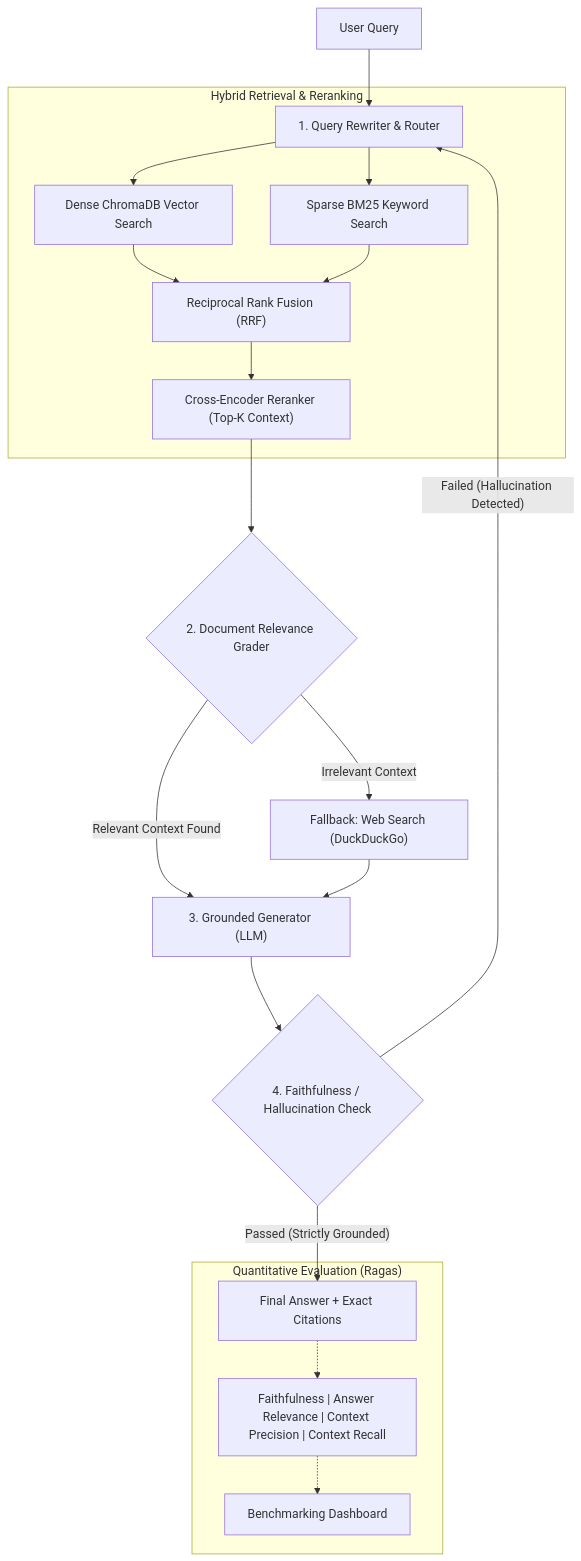
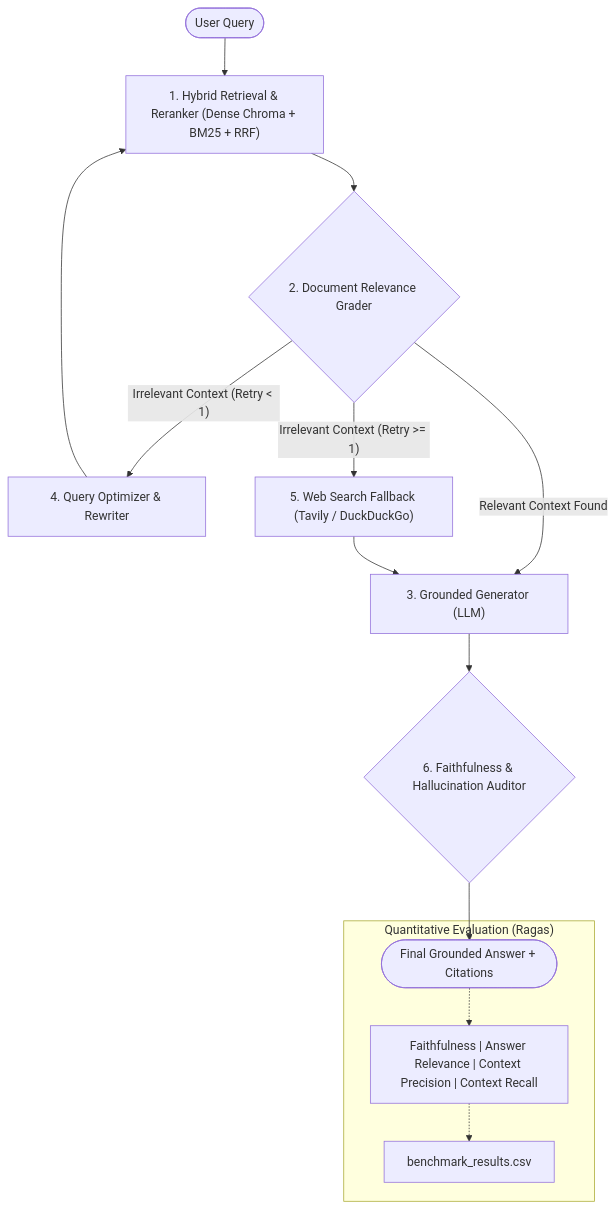
Before and after one commit to elrath017/Agentic-rag-System: the diagram in README.md, drawn with Mermaid. The commit also changed other lines of this file and 4 other files, not shown here.

````diff
--- a/README.md
+++ b/README.md
@@ -17,27 +18,20 @@
 ```mermaid
 flowchart TD
-    UserQuery["User Query"] --> QueryRewriter["1. Query Rewriter & Router"]
+    Start(["User Query"]) --> RetrieveAndRerank["1. Hybrid Retrieval & Reranker (Dense Chroma + BM25 + RRF)"]
+    RetrieveAndRerank --> GradeDocs{"2. Document Relevance Grader"}
     
-    subgraph Hybrid_Retrieval ["Hybrid Retrieval & Reranking"]
-        QueryRewriter --> DenseSearch["Dense ChromaDB Vector Search"]
-        QueryRewriter --> SparseSearch["Sparse BM25 Keyword Search"]
-        DenseSearch --> RRF["Reciprocal Rank Fusion (RRF)"]
-        SparseSearch --> RRF
-        RRF --> Reranker["Cross-Encoder Reranker (Top-K Context)"]
-    end
+    GradeDocs -- "Relevant Context Found" --> GenerateAnswer["3. Grounded Generator (LLM)"]
+    GradeDocs -- "Irrelevant Context (Retry < 1)" --> RewriteQuery["4. Query Optimizer & Rewriter"]
+    RewriteQuery --> RetrieveAndRerank
+    
+    GradeDocs -- "Irrelevant Context (Retry >= 1)" --> WebSearch["5. Web Search Fallback (Tavily / DuckDuckGo)"]
+    WebSearch --> GenerateAnswer
+    
+    GenerateAnswer --> HallucinationAudit{"6. Faithfulness & Hallucination Auditor"}
+    HallucinationAudit --> Output(["Final Grounded Answer + Citations"])
 
-    Reranker --> DocGrader{"2. Document Relevance Grader"}
-    
-    DocGrader -- "Relevant Context Found" --> AnswerGen["3. Grounded Generator (LLM)"]
-    DocGrader -- "Irrelevant Context" --> WebSearch["Fallback: Web Search (DuckDuckGo)"]
-    WebSearch --> AnswerGen
-    
-    AnswerGen --> HallucinationCheck{"4. Faithfulness / Hallucination Check"}
-    HallucinationCheck -- "Passed (Strictly Grounded)" --> Output["Final Answer + Exact Citations"]
-    HallucinationCheck -- "Failed (Hallucination Detected)" --> QueryRewriter
-
-    subgraph Data_Science_Evaluation ["Quantitative Evaluation (Ragas)"]
+    subgraph Eval ["Quantitative Evaluation (Ragas)"]
         Output -.-> RagasEval["Faithfulness | Answer Relevance | Context Precision | Context Recall"]
-        RagasEval -.-> EvalReport["Benchmarking Dashboard"]
+        RagasEval -.-> EvalReport["benchmark_results.csv"]
     end
 ```
````
